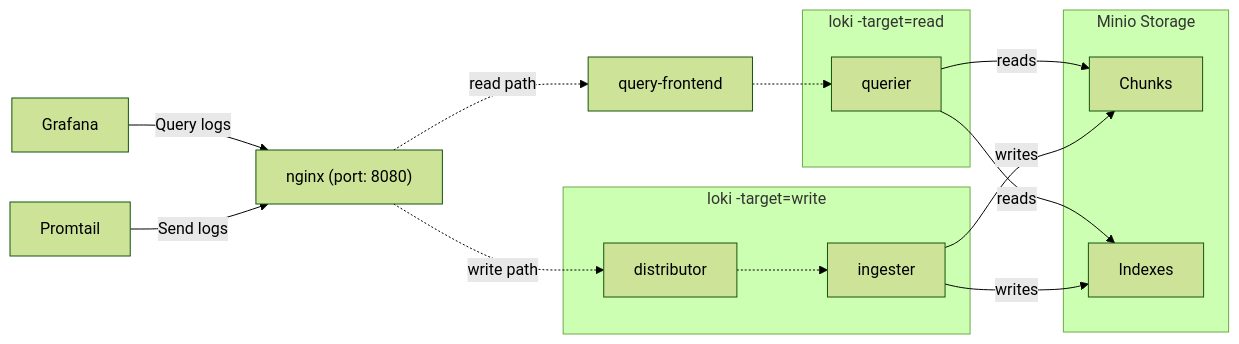
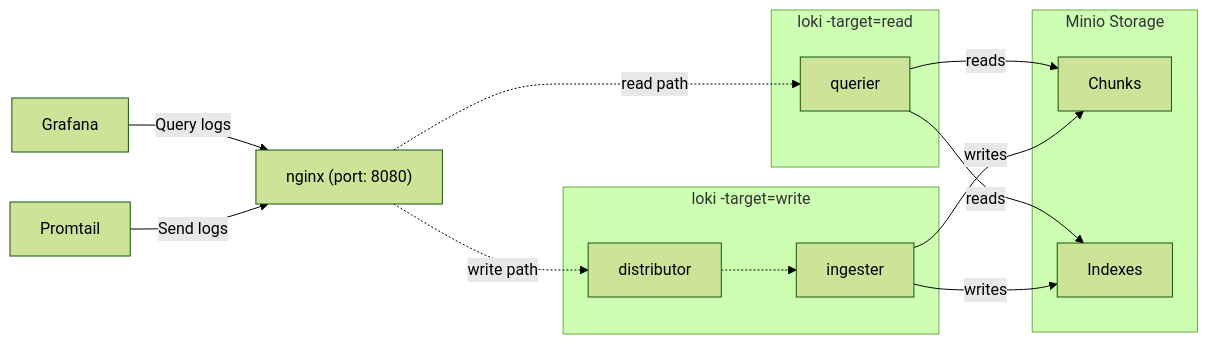
Before and after one commit to grafana/loki: the diagram in production/docker/README.md, drawn with Mermaid (forest theme).

Commit message:
Update README.md
Fix Issue 6929, update schema to remove query-front end, that is now part of querier.

````diff
--- a/production/docker/README.md
+++ b/production/docker/README.md
@@ -21,27 +21,25 @@
 ```mermaid
 graph LR
     Grafana --> |Query logs| nginx["nginx (port: 8080)"]
     Promtail -->|Send logs| nginx
 
-    nginx -.-> |read path| QueryFrontend["query-frontend"]
+    nginx -.-> |read path| Querier
     nginx -.-> |write path| Distributor
-
-    QueryFrontend -.-> Querier
 
     subgraph LokiRead["loki -target=read"]
         Querier["querier"]
     end
 
     subgraph Minio["Minio Storage"]
         Chunks
         Indexes
     end
 
     subgraph LokiWrite["loki -target=write"]
         Distributor["distributor"] -.-> Ingester["ingester"]
         Ingester
     end
 
     Querier --> |reads| Chunks & Indexes
     Ingester --> |writes| Chunks & Indexes
 ```
````
